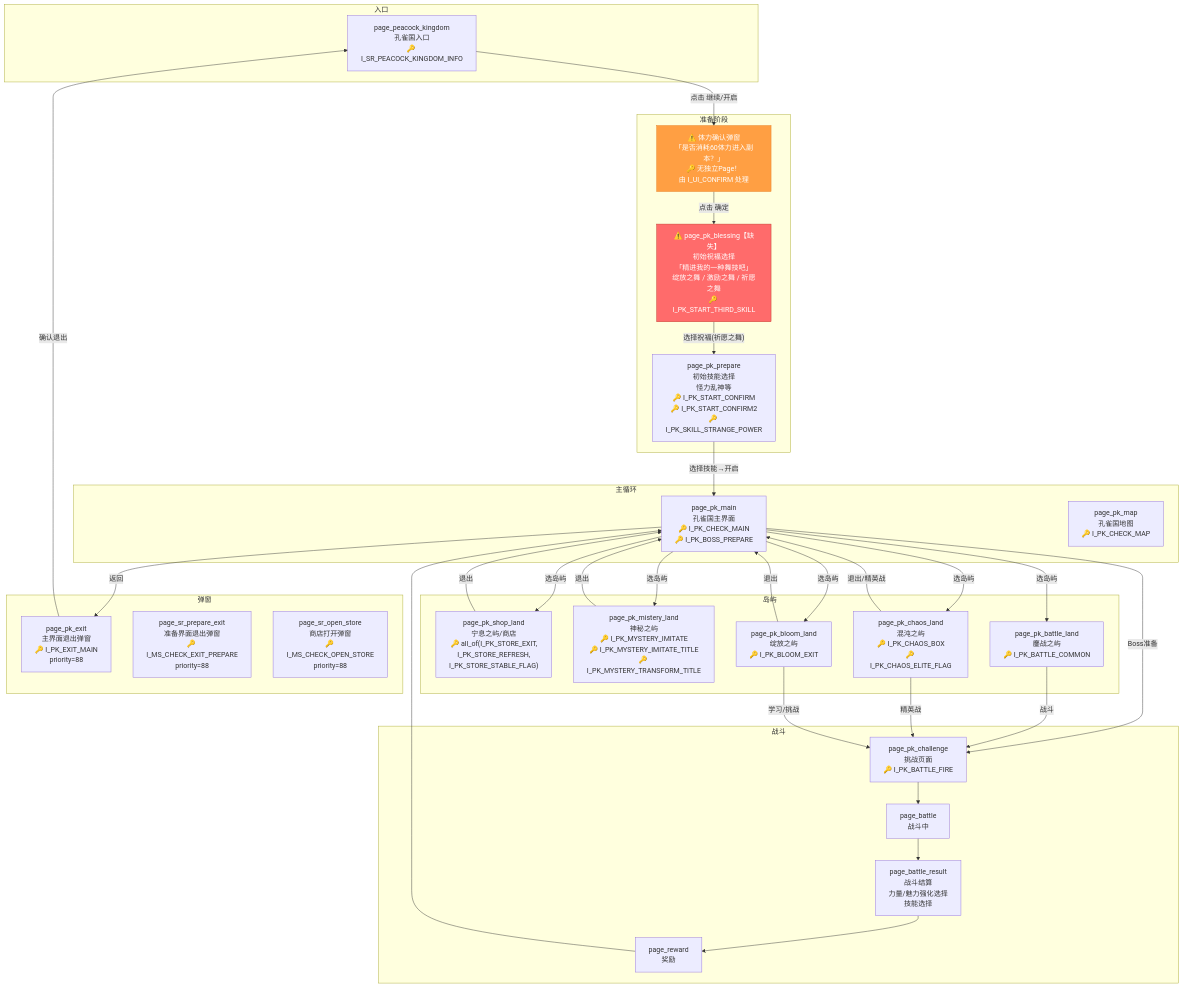
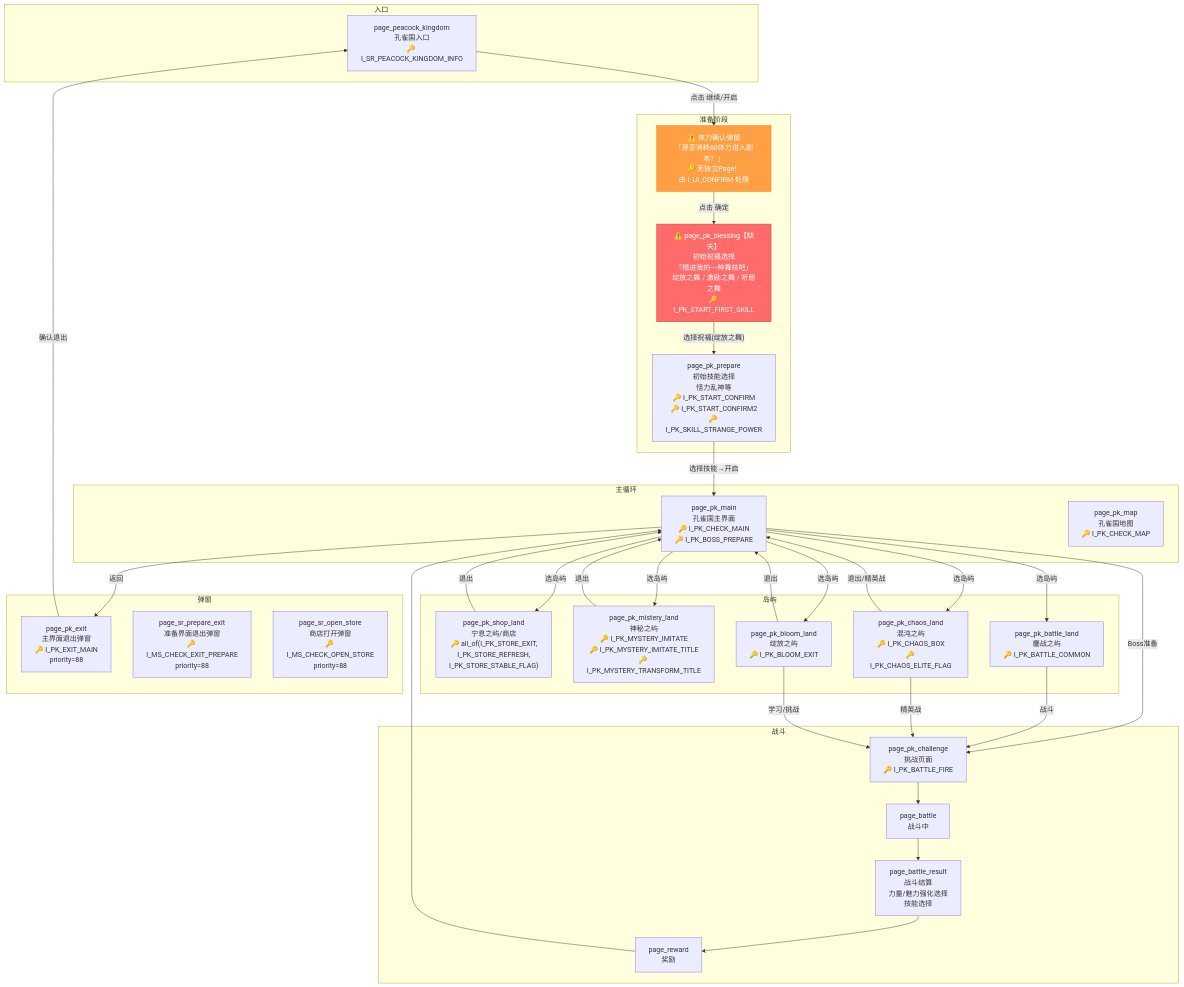
Before and after one commit to 1359965050/OnmyojiAutoScript: the diagram in tasks/SixRealms/peacock_kingdom/任务流程图.md, drawn with Mermaid. The commit also changed other lines of this file and 83 other files, not shown here.

````diff
--- a/tasks/SixRealms/peacock_kingdom/任务流程图.md
+++ b/tasks/SixRealms/peacock_kingdom/任务流程图.md
@@ -5,69 +5,69 @@
 ```mermaid
 flowchart TD
     subgraph 入口
         PK["page_peacock_kingdom\n孔雀国入口\n🔑 I_SR_PEACOCK_KINGDOM_INFO"]
     end
 
     subgraph 准备阶段
         STAMINA["⚠️ 体力确认弹窗\n「是否消耗60体力进入副本？」\n🔑 无独立Page！\n由 I_UI_CONFIRM 处理"]
-        BLESS["⚠️ page_pk_blessing【缺失】\n初始祝福选择\n「精进我的一种舞技吧」\n绽放之舞 / 激励之舞 / 祈愿之舞\n🔑 I_PK_START_THIRD_SKILL"]
+        BLESS["⚠️ page_pk_blessing【缺失】\n初始祝福选择\n「精进我的一种舞技吧」\n绽放之舞 / 激励之舞 / 祈愿之舞\n🔑 I_PK_START_FIRST_SKILL"]
         PREPARE["page_pk_prepare\n初始技能选择\n怪力乱神等\n🔑 I_PK_START_CONFIRM\n🔑 I_PK_START_CONFIRM2\n🔑 I_PK_SKILL_STRANGE_POWER"]
     end
 
     subgraph 主循环
         MAIN["page_pk_main\n孔雀国主界面\n🔑 I_PK_CHECK_MAIN\n🔑 I_PK_BOSS_PREPARE"]
         MAP["page_pk_map\n孔雀国地图\n🔑 I_PK_CHECK_MAP"]
     end
 
     subgraph 岛屿
         SHOP["page_pk_shop_land\n宁息之屿/商店\n🔑 all_of(I_PK_STORE_EXIT,\nI_PK_STORE_REFRESH,\nI_PK_STORE_STABLE_FLAG)"]
         MYSTERY["page_pk_mistery_land\n神秘之屿\n🔑 I_PK_MYSTERY_IMITATE\n🔑 I_PK_MYSTERY_IMITATE_TITLE\n🔑 I_PK_MYSTERY_TRANSFORM_TITLE"]
         CHAOS["page_pk_chaos_land\n混沌之屿\n🔑 I_PK_CHAOS_BOX\n🔑 I_PK_CHAOS_ELITE_FLAG"]
         BLOOM["page_pk_bloom_land\n绽放之屿\n🔑 I_PK_BLOOM_EXIT"]
         BATTLE_LAND["page_pk_battle_land\n鏖战之屿\n🔑 I_PK_BATTLE_COMMON"]
     end
 
     subgraph 战斗
         CHALLENGE["page_pk_challenge\n挑战页面\n🔑 I_PK_BATTLE_FIRE"]
         BATTLE["page_battle\n战斗中"]
         RESULT["page_battle_result\n战斗结算\n力量/魅力强化选择\n技能选择"]
         REWARD["page_reward\n奖励"]
     end
 
     subgraph 弹窗
         EXIT_MAIN["page_pk_exit\n主界面退出弹窗\n🔑 I_PK_EXIT_MAIN\npriority=88"]
         PREPARE_EXIT["page_sr_prepare_exit\n准备界面退出弹窗\n🔑 I_MS_CHECK_EXIT_PREPARE\npriority=88"]
         OPEN_STORE["page_sr_open_store\n商店打开弹窗\n🔑 I_MS_CHECK_OPEN_STORE\npriority=88"]
     end
 
     PK -->|"点击 继续/开启"| STAMINA
     STAMINA -->|"点击 确定"| BLESS
-    BLESS -->|"选择祝福(祈愿之舞)"| PREPARE
+    BLESS -->|"选择祝福(绽放之舞)"| PREPARE
     PREPARE -->|"选择技能→开启"| MAIN
 
     MAIN -->|"选岛屿"| SHOP
     MAIN -->|"选岛屿"| MYSTERY
     MAIN -->|"选岛屿"| CHAOS
     MAIN -->|"选岛屿"| BLOOM
     MAIN -->|"选岛屿"| BATTLE_LAND
     MAIN -->|"Boss准备"| CHALLENGE
 
     SHOP -->|"退出"| MAIN
     MYSTERY -->|"退出"| MAIN
     CHAOS -->|"退出/精英战"| MAIN
     BLOOM -->|"退出"| MAIN
     BATTLE_LAND -->|"战斗"| CHALLENGE
 
     CHAOS -->|"精英战"| CHALLENGE
     BLOOM -->|"学习/挑战"| CHALLENGE
     CHALLENGE --> BATTLE
     BATTLE --> RESULT
     RESULT --> REWARD
     REWARD --> MAIN
 
     MAIN -->|"返回"| EXIT_MAIN
     EXIT_MAIN -->|"确认退出"| PK
 
     style BLESS fill:#ff6b6b,stroke:#c0392b,color:#fff
     style STAMINA fill:#ff9f43,stroke:#e67e22,color:#fff
 ```
````
